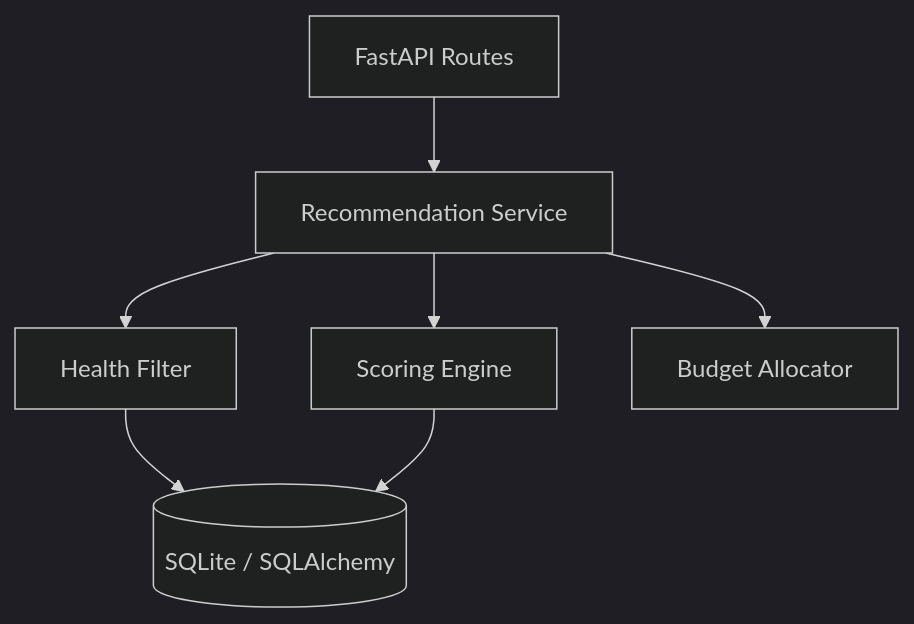
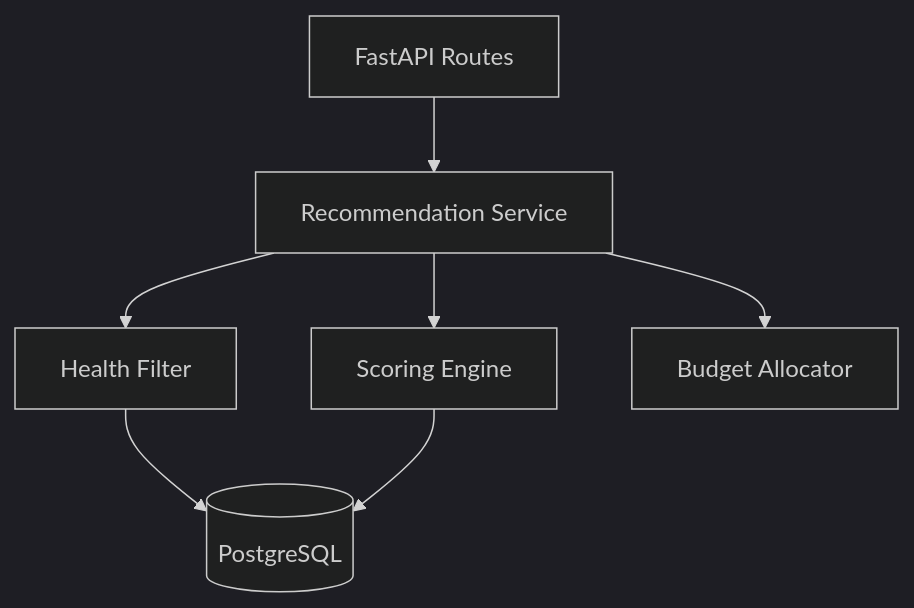
One commit to AtulACleaver/nutrikart changed the diagram in backend/README.md. Above: the diagram before and after it, drawn with Mermaid (dark theme). The commit also changed other lines of this file and 1 other file, not shown here.

Commit message:
Update README references from SQLite to PostgreSQL
Replace SQLite references with PostgreSQL in documentation. Updated the root README and backend/README: changed the database badge to PostgreSQL-15, updated architecture diagram labels (DB nodes), and replaced database bullets to reference PostgreSQL. Documentation-only change to clarify the project uses PostgreSQL.

````diff
--- a/backend/README.md
+++ b/backend/README.md
@@ -9,9 +9,9 @@
 ```mermaid
 graph TD
     API[FastAPI Routes] --> Rec[Recommendation Service]
     Rec --> Filter[Health Filter]
     Rec --> Score[Scoring Engine]
     Rec --> Alloc[Budget Allocator]
-    Filter --> DB[(SQLite / SQLAlchemy)]
+    Filter --> DB[(PostgreSQL)]
     Score --> DB
 ```
````
